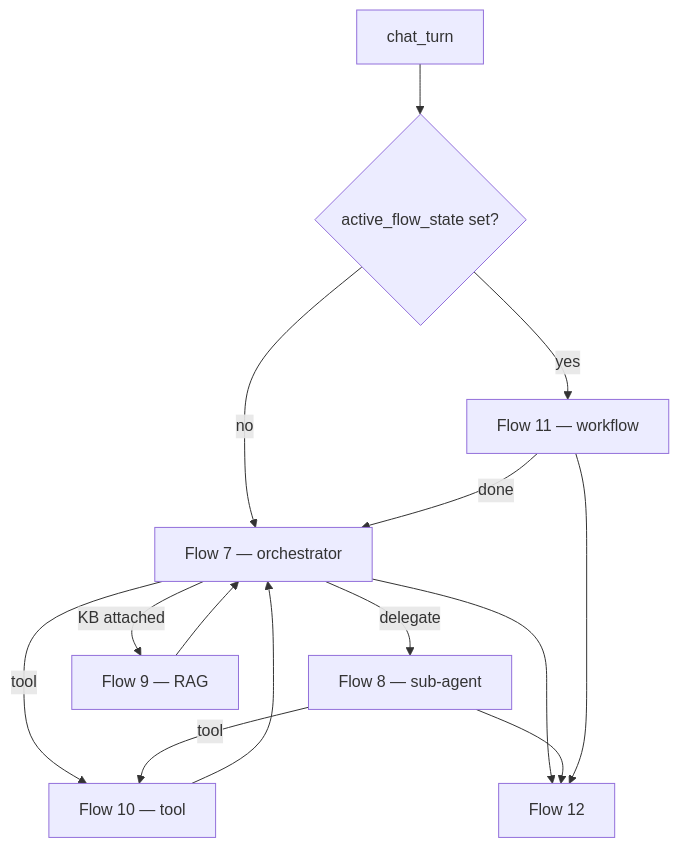
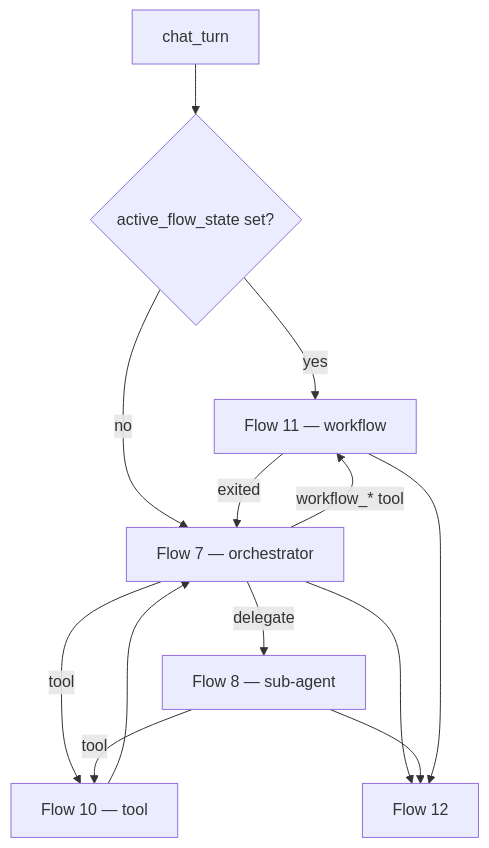
One commit to shehan-jayasinghe/bot-builder changed the seventh of 13 diagrams in backend/document/chat/01-chat-completion-diagrams.md. Above: the diagram before and after it, drawn with Mermaid. The commit also changed other lines of this file and 18 other files, not shown here.

````diff
--- a/backend/document/chat/01-chat-completion-diagrams.md
+++ b/backend/document/chat/01-chat-completion-diagrams.md
@@ -246,17 +246,16 @@
 ```mermaid
 flowchart TB
     START[chat_turn]
     START --> MODE{active_flow_state set?}
     MODE -->|yes| F11[Flow 11 — workflow]
     MODE -->|no| F7[Flow 7 — orchestrator]
-    F11 -->|done| F7
+    F7 -->|workflow_* tool| F11
+    F11 -->|exited| F7
     F7 -->|delegate| F8[Flow 8 — sub-agent]
     F7 -->|tool| F10[Flow 10 — tool]
-    F7 -->|KB attached| F9[Flow 9 — RAG]
     F8 -->|tool| F10
-    F9 --> F7
     F10 --> F7
     F7 --> F12[Flow 12]
     F8 --> F12
     F11 --> F12
 ```
````
